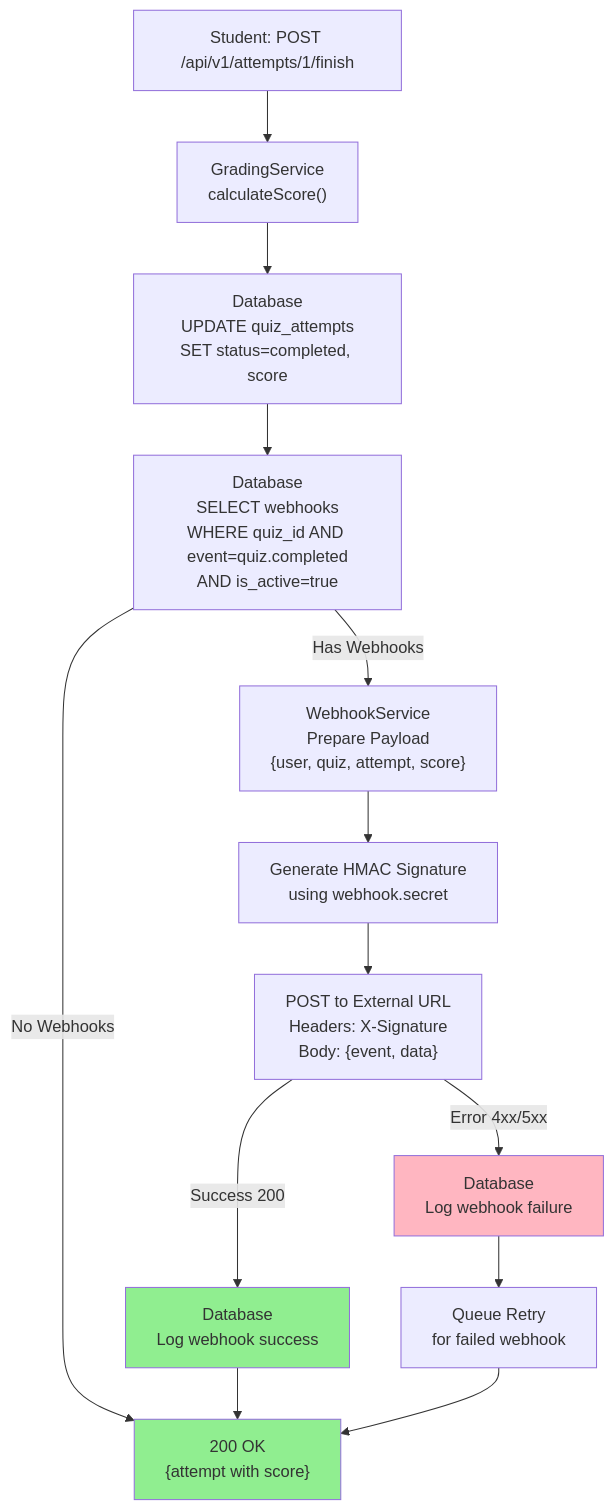
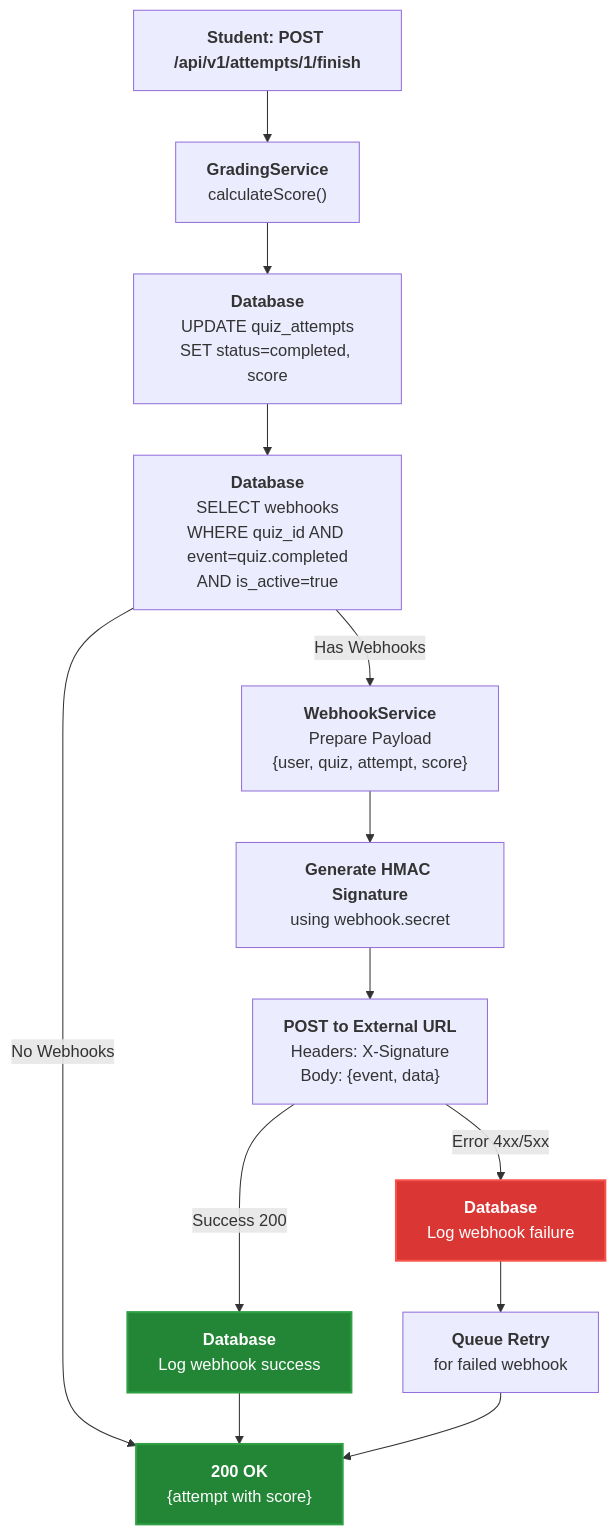
Before and after one commit to EIRSVi/prop-iq: the eighth of 11 diagrams in README.md, drawn with Mermaid. The commit also changed other lines of this file, not shown here.

Commit message:
docs: Improve readability and styling of Mermaid diagrams in README

````diff
--- a/README.md
+++ b/README.md
@@ -1146,23 +1146,23 @@
 ```mermaid
 graph TB
-    Start["Student: POST /api/v1/attempts/1/finish"] --> Grade["GradingService<br/>calculateScore()"]
-    Grade --> UpdateDB["Database<br/>UPDATE quiz_attempts<br/>SET status=completed, score"]
-    UpdateDB --> LoadWebhooks["Database<br/>SELECT webhooks<br/>WHERE quiz_id AND event=quiz.completed<br/>AND is_active=true"]
+    Start["<b>Student: POST /api/v1/attempts/1/finish</b>"] --> Grade["<b>GradingService</b><br/>calculateScore()"]
+    Grade --> UpdateDB["<b>Database</b><br/>UPDATE quiz_attempts<br/>SET status=completed, score"]
+    UpdateDB --> LoadWebhooks["<b>Database</b><br/>SELECT webhooks<br/>WHERE quiz_id AND event=quiz.completed<br/>AND is_active=true"]
     
-    LoadWebhooks -->|No Webhooks| Response["200 OK<br/>{attempt with score}"]
-    LoadWebhooks -->|Has Webhooks| PreparePayload["WebhookService<br/>Prepare Payload<br/>{user, quiz, attempt, score}"]
+    LoadWebhooks -->|No Webhooks| Response["<b>200 OK</b><br/>{attempt with score}"]
+    LoadWebhooks -->|Has Webhooks| PreparePayload["<b>WebhookService</b><br/>Prepare Payload<br/>{user, quiz, attempt, score}"]
     
-    PreparePayload --> GenSignature["Generate HMAC Signature<br/>using webhook.secret"]
-    GenSignature --> SendWebhook["POST to External URL<br/>Headers: X-Signature<br/>Body: {event, data}"]
+    PreparePayload --> GenSignature["<b>Generate HMAC Signature</b><br/>using webhook.secret"]
+    GenSignature --> SendWebhook["<b>POST to External URL</b><br/>Headers: X-Signature<br/>Body: {event, data}"]
     
-    SendWebhook -->|Success 200| LogSuccess["Database<br/>Log webhook success"]
-    SendWebhook -->|Error 4xx/5xx| LogFailure["Database<br/>Log webhook failure"]
-    LogFailure --> QueueRetry["Queue Retry<br/>for failed webhook"]
+    SendWebhook -->|Success 200| LogSuccess["<b>Database</b><br/>Log webhook success"]
+    SendWebhook -->|Error 4xx/5xx| LogFailure["<b>Database</b><br/>Log webhook failure"]
+    LogFailure --> QueueRetry["<b>Queue Retry</b><br/>for failed webhook"]
     
     LogSuccess --> Response
     QueueRetry --> Response
     
-    style Response fill:#90EE90
-    style LogSuccess fill:#90EE90
-    style LogFailure fill:#FFB6C1
+    style Response fill:#238636,stroke:#2ea043,stroke-width:2px,color:#fff
+    style LogSuccess fill:#238636,stroke:#2ea043,stroke-width:2px,color:#fff
+    style LogFailure fill:#da3633,stroke:#f85149,stroke-width:2px,color:#fff
 ```
````
